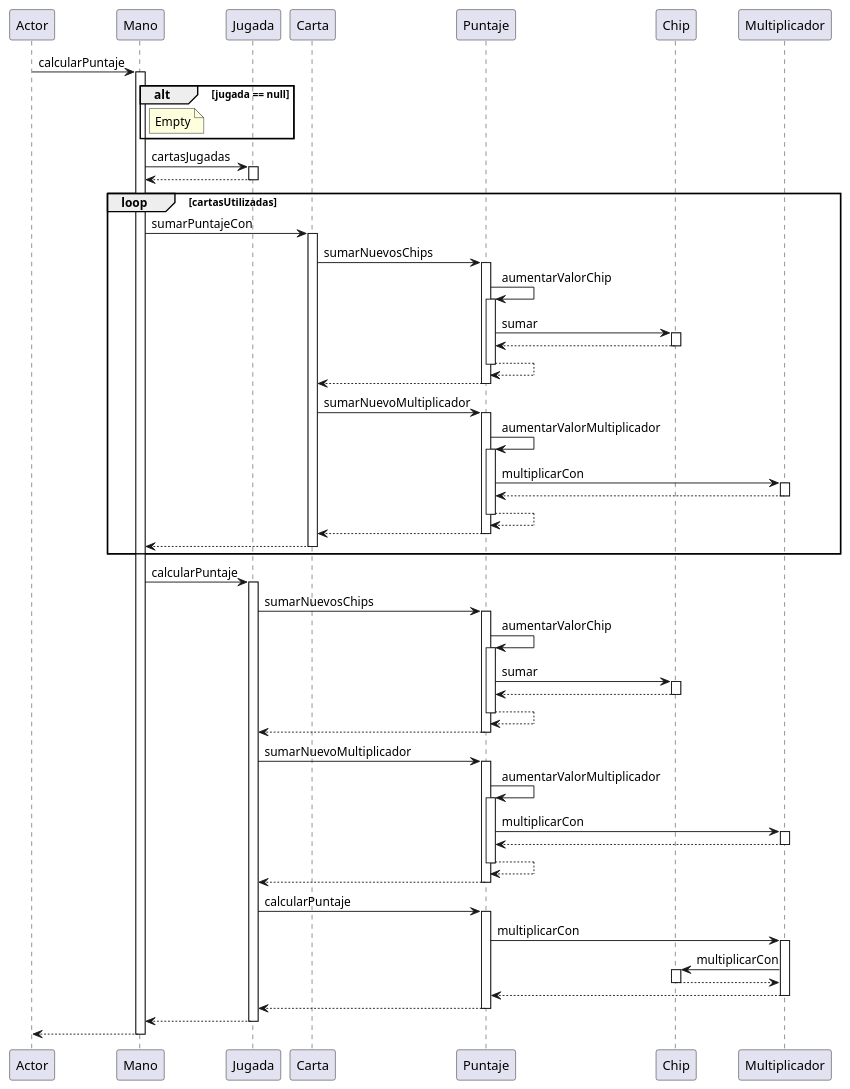
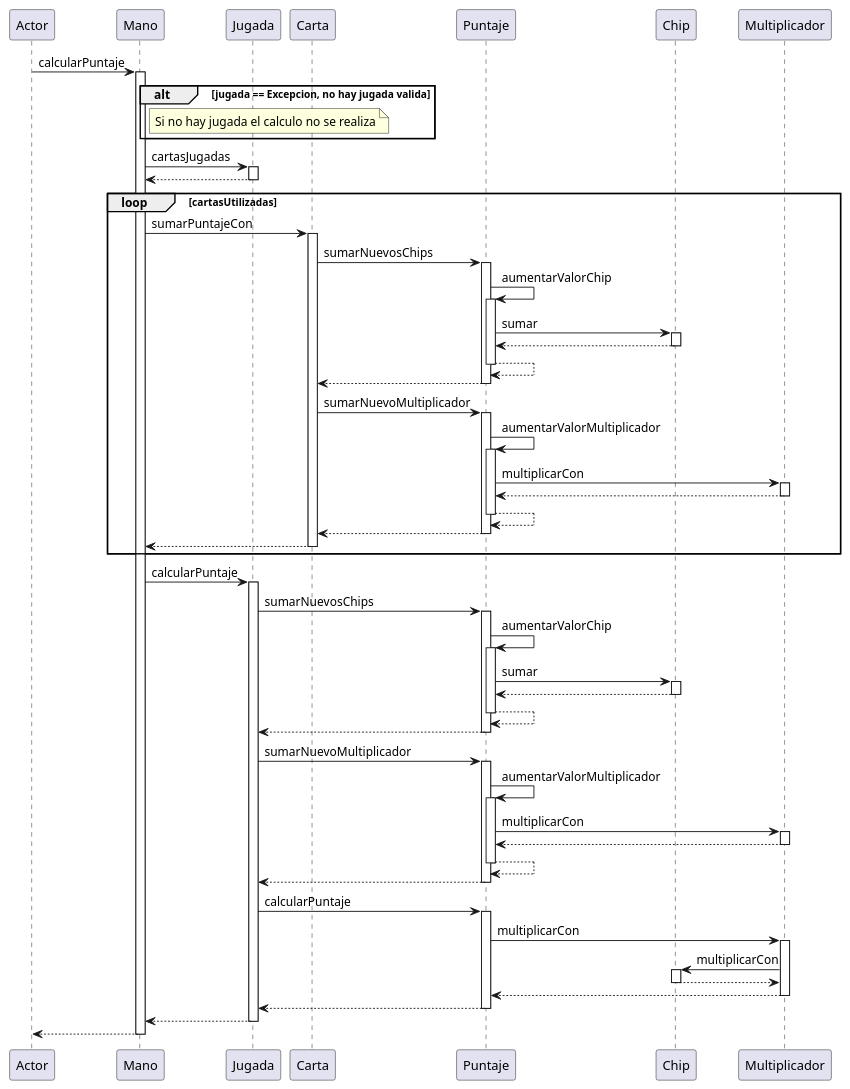
The diagram in diagrams/sequences/Mano_calcularPuntaje.puml (Cbonchan/Balatro), drawn with PlantUML before and after one commit. The commit also changed 6 other files, not shown here.

Commit message:
agregadas imagenes diagramas de secuencia y paquetes

```diff
--- a/diagrams/sequences/Mano_calcularPuntaje.puml
+++ b/diagrams/sequences/Mano_calcularPuntaje.puml
@@ -1,83 +1,83 @@
 @startuml
 participant Actor
 Actor -> Mano : calcularPuntaje
 activate Mano
-alt jugada == null
-note right of Mano : Empty
+alt jugada == Excepcion, no hay jugada valida
+note right of Mano : Si no hay jugada el calculo no se realiza
 end
 Mano -> Jugada : cartasJugadas
 activate Jugada
 Jugada --> Mano
 deactivate Jugada
 loop cartasUtilizadas
 Mano -> Carta : sumarPuntajeCon
 activate Carta
 Carta -> Puntaje : sumarNuevosChips
 activate Puntaje
 Puntaje -> Puntaje : aumentarValorChip
 activate Puntaje
 Puntaje -> Chip : sumar
 activate Chip
 Chip --> Puntaje
 deactivate Chip
 Puntaje --> Puntaje
 deactivate Puntaje
 Puntaje --> Carta
 deactivate Puntaje
 Carta -> Puntaje : sumarNuevoMultiplicador
 activate Puntaje
 Puntaje -> Puntaje : aumentarValorMultiplicador
 activate Puntaje
 Puntaje -> Multiplicador : multiplicarCon
 activate Multiplicador
 Multiplicador --> Puntaje
 deactivate Multiplicador
 Puntaje --> Puntaje
 deactivate Puntaje
 Puntaje --> Carta
 deactivate Puntaje
 Carta --> Mano
 deactivate Carta
 end
 Mano -> Jugada : calcularPuntaje
 activate Jugada
 Jugada -> Puntaje : sumarNuevosChips
 activate Puntaje
 Puntaje -> Puntaje : aumentarValorChip
 activate Puntaje
 Puntaje -> Chip : sumar
 activate Chip
 Chip --> Puntaje
 deactivate Chip
 Puntaje --> Puntaje
 deactivate Puntaje
 Puntaje --> Jugada
 deactivate Puntaje
 Jugada -> Puntaje : sumarNuevoMultiplicador
 activate Puntaje
 Puntaje -> Puntaje : aumentarValorMultiplicador
 activate Puntaje
 Puntaje -> Multiplicador : multiplicarCon
 activate Multiplicador
 Multiplicador --> Puntaje
 deactivate Multiplicador
 Puntaje --> Puntaje
 deactivate Puntaje
 Puntaje --> Jugada
 deactivate Puntaje
 Jugada -> Puntaje : calcularPuntaje
 activate Puntaje
 Puntaje -> Multiplicador : multiplicarCon
 activate Multiplicador
 Multiplicador -> Chip : multiplicarCon
 activate Chip
 Chip --> Multiplicador
 deactivate Chip
 Multiplicador --> Puntaje
 deactivate Multiplicador
 Puntaje --> Jugada
 deactivate Puntaje
 Jugada --> Mano
 deactivate Jugada
 return
 @enduml
```
